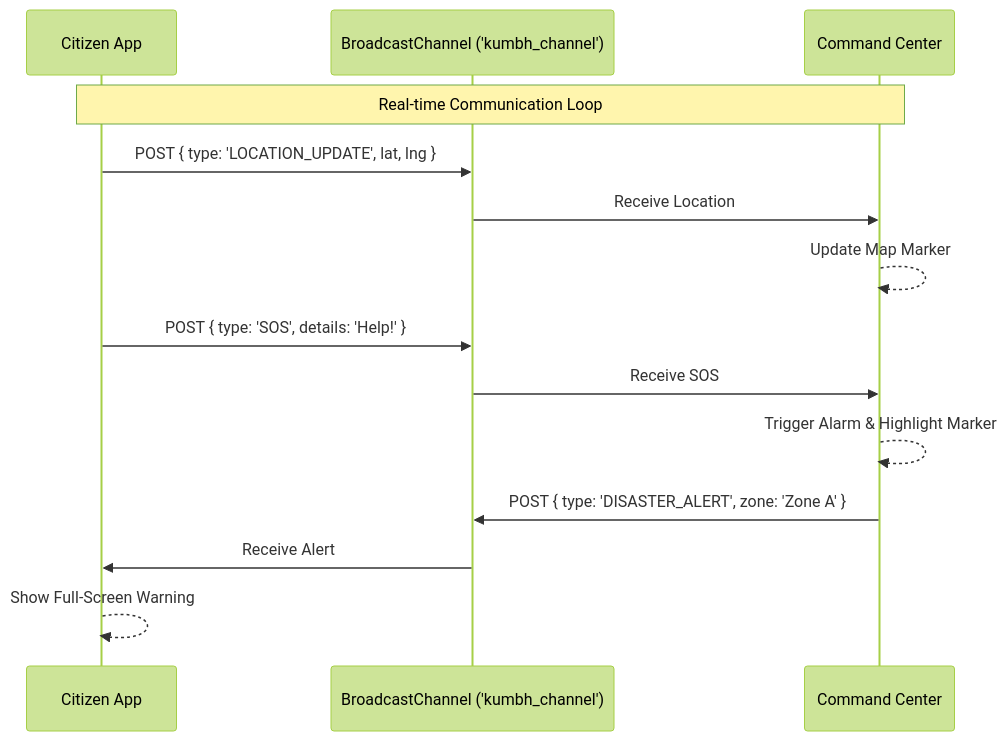
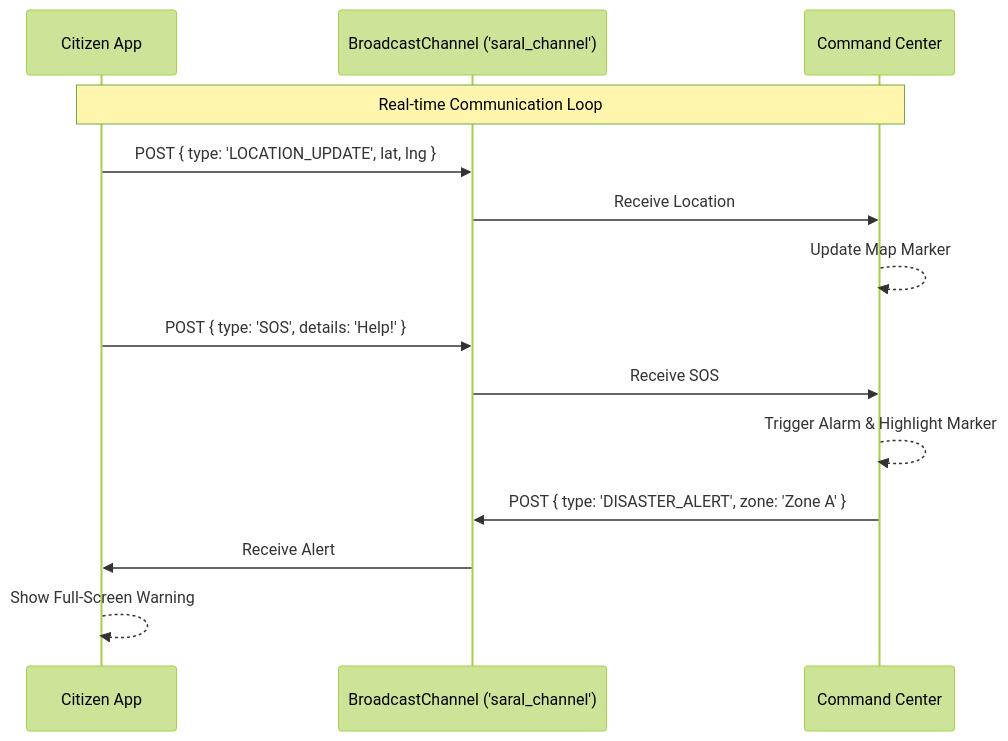
One commit to pranavupadhyay123/HackForSocialCause_TeamSaral changed the diagram in ARCHITECTURE.md. Above: the diagram before and after it, drawn with Mermaid (forest theme). The commit also changed 3 other files, not shown here.

````diff
--- a/ARCHITECTURE.md
+++ b/ARCHITECTURE.md
@@ -41,20 +41,20 @@
 ```mermaid
 sequenceDiagram
     participant User as Citizen App
-    participant Bus as BroadcastChannel ('kumbh_channel')
+    participant Bus as BroadcastChannel ('saral_channel')
     participant Admin as Command Center
 
     Note over User, Admin: Real-time Communication Loop
 
     User->>Bus: POST { type: 'LOCATION_UPDATE', lat, lng }
     Bus->>Admin: Receive Location
     Admin-->>Admin: Update Map Marker
 
     User->>Bus: POST { type: 'SOS', details: 'Help!' }
     Bus->>Admin: Receive SOS
     Admin-->>Admin: Trigger Alarm & Highlight Marker
 
     Admin->>Bus: POST { type: 'DISASTER_ALERT', zone: 'Zone A' }
     Bus->>User: Receive Alert
     User-->>User: Show Full-Screen Warning
 ```
````
